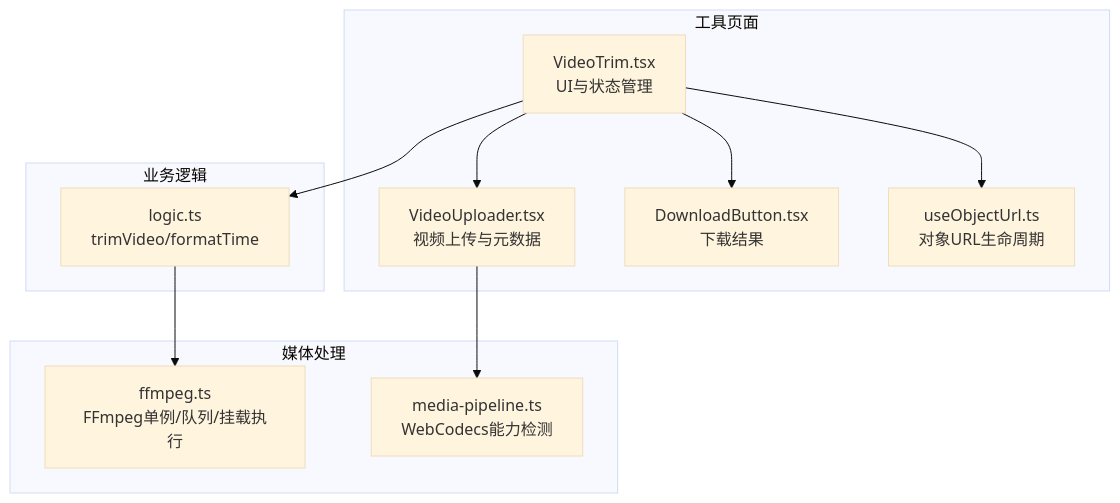
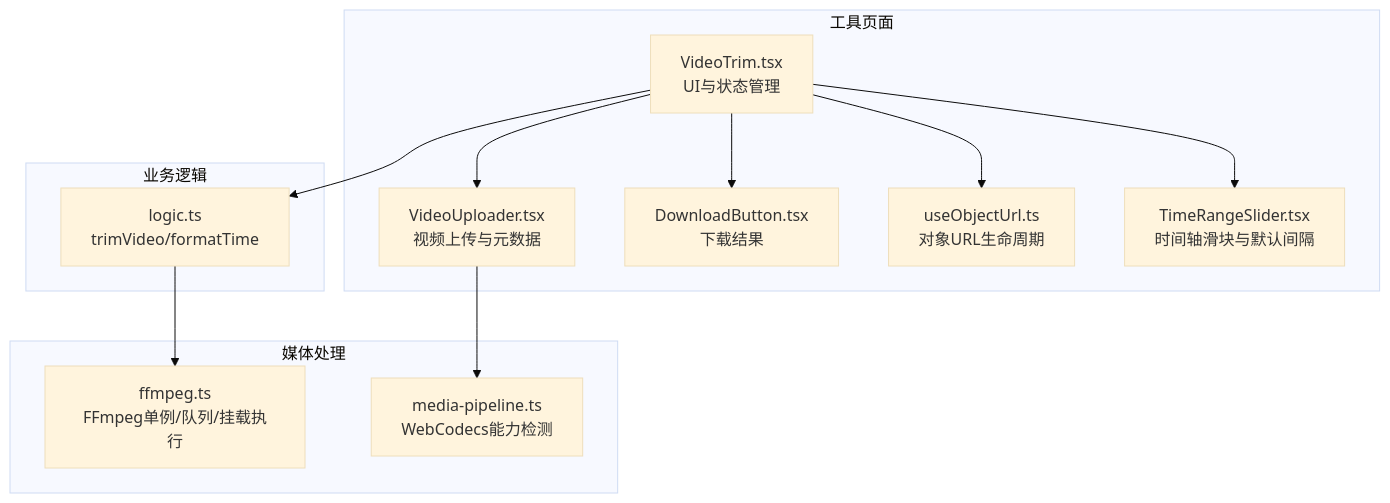
One commit to sgyy/privadeck changed the first of 6 diagrams in .qoder/repowiki/zh/content/视频工具/视频修剪工具.md. Above: the diagram before and after it, drawn with Mermaid (base theme). The commit also changed other lines of this file and 23 other files, not shown here.

````diff
--- a/.qoder/repowiki/zh/content/视频工具/视频修剪工具.md
+++ b/.qoder/repowiki/zh/content/视频工具/视频修剪工具.md
@@ -50,22 +49,24 @@
 ```mermaid
 graph TB
 subgraph "工具页面"
 VT["VideoTrim.tsx<br/>UI与状态管理"]
 VU["VideoUploader.tsx<br/>视频上传与元数据"]
 DL["DownloadButton.tsx<br/>下载结果"]
 UOU["useObjectUrl.ts<br/>对象URL生命周期"]
+TR["TimeRangeSlider.tsx<br/>时间轴滑块与默认间隔"]
 end
 subgraph "业务逻辑"
 LOGIC["logic.ts<br/>trimVideo/formatTime"]
 end
 subgraph "媒体处理"
 FFMPEG["ffmpeg.ts<br/>FFmpeg单例/队列/挂载执行"]
 PIPE["media-pipeline.ts<br/>WebCodecs能力检测"]
 end
 VT --> VU
 VT --> DL
 VT --> UOU
+VT --> TR
 VT --> LOGIC
 LOGIC --> FFMPEG
 VU --> PIPE
 ```
````
